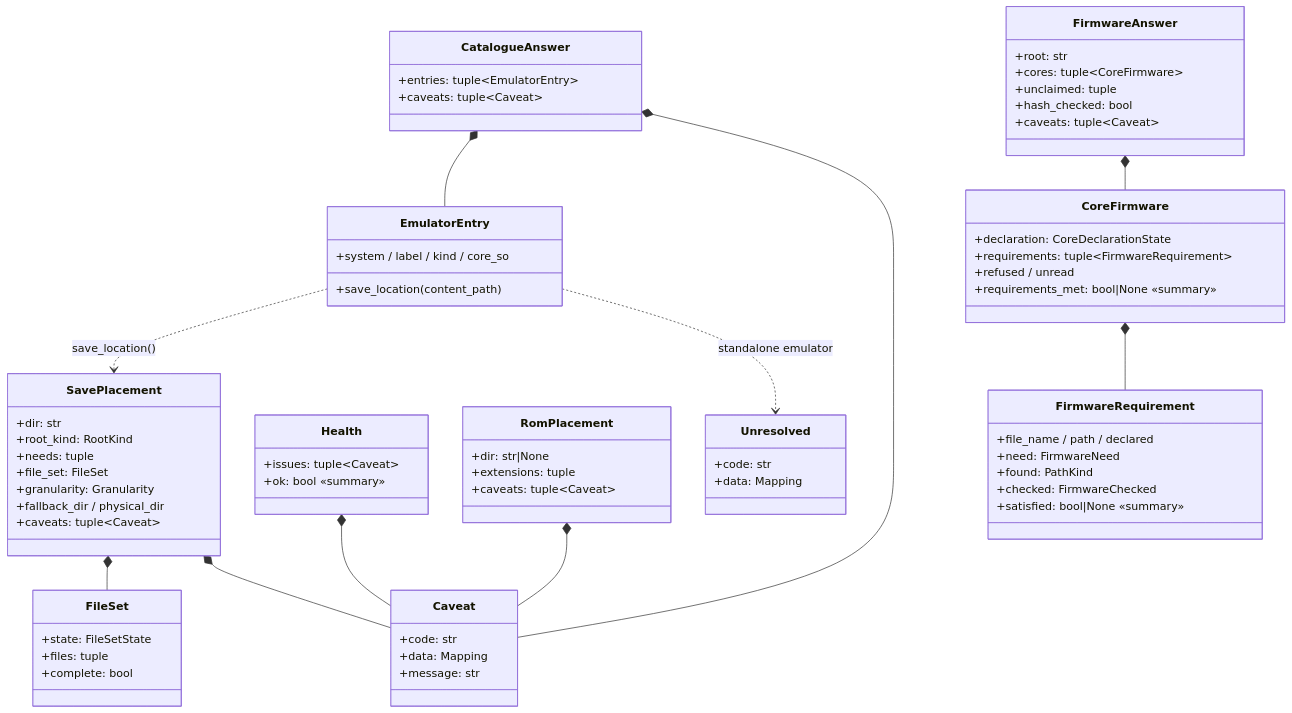
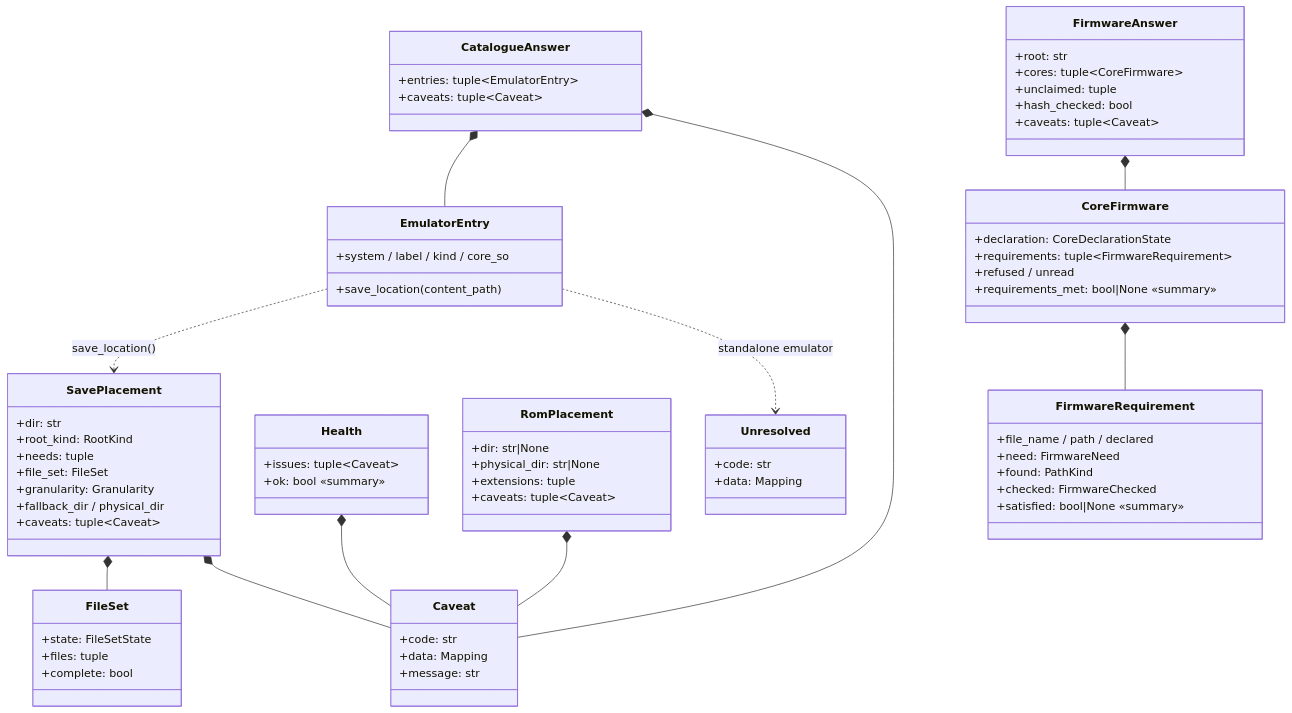
Before and after one commit to danielcopper/emu-atlas: the third of 3 diagrams in docs/architecture.md, drawn with Mermaid. The commit also changed 5 other files, not shown here.

````diff
--- a/docs/architecture.md
+++ b/docs/architecture.md
@@ -112,74 +112,75 @@
 ```mermaid
 classDiagram
     class SavePlacement {
         +dir: str
         +root_kind: RootKind
         +needs: tuple
         +file_set: FileSet
         +granularity: Granularity
         +fallback_dir / physical_dir
         +caveats: tuple~Caveat~
     }
     class FileSet {
         +state: FileSetState
         +files: tuple
         +complete: bool
     }
     class Health {
         +issues: tuple~Caveat~
         +ok: bool «summary»
     }
     class CatalogueAnswer {
         +entries: tuple~EmulatorEntry~
         +caveats: tuple~Caveat~
     }
     class RomPlacement {
         +dir: str|None
+        +physical_dir: str|None
         +extensions: tuple
         +caveats: tuple~Caveat~
     }
     class EmulatorEntry {
         +system / label / kind / core_so
         +save_location(content_path)
     }
     class FirmwareAnswer {
         +root: str
         +cores: tuple~CoreFirmware~
         +unclaimed: tuple
         +hash_checked: bool
         +caveats: tuple~Caveat~
     }
     class CoreFirmware {
         +declaration: CoreDeclarationState
         +requirements: tuple~FirmwareRequirement~
         +refused / unread
         +requirements_met: bool|None «summary»
     }
     class FirmwareRequirement {
         +file_name / path / declared
         +need: FirmwareNeed
         +found: PathKind
         +checked: FirmwareChecked
         +satisfied: bool|None «summary»
     }
     class Caveat {
         +code: str
         +data: Mapping
         +message: str
     }
     class Unresolved {
         +code: str
         +data: Mapping
     }
 
     SavePlacement *-- FileSet
     SavePlacement *-- Caveat
     CatalogueAnswer *-- EmulatorEntry
     CatalogueAnswer *-- Caveat
     RomPlacement *-- Caveat
     EmulatorEntry ..> SavePlacement : save_location()
     EmulatorEntry ..> Unresolved : standalone emulator
     FirmwareAnswer *-- CoreFirmware
     CoreFirmware *-- FirmwareRequirement
     Health *-- Caveat
 ```
````
